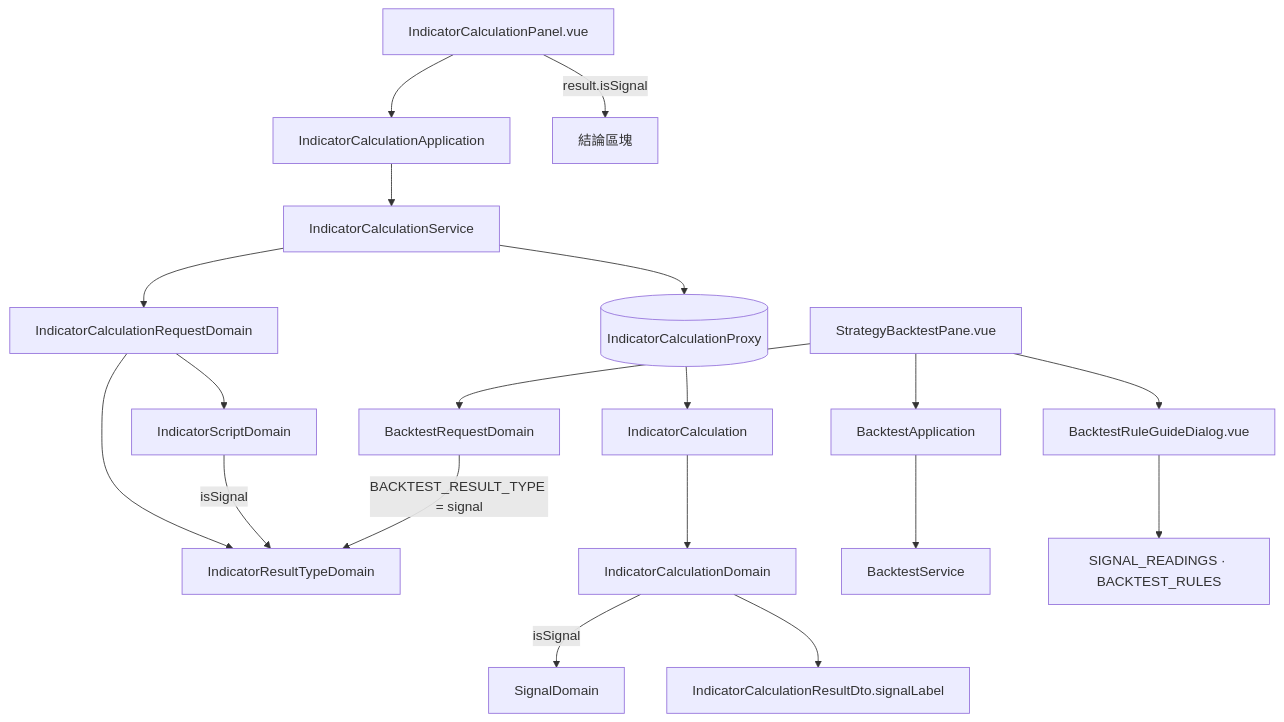
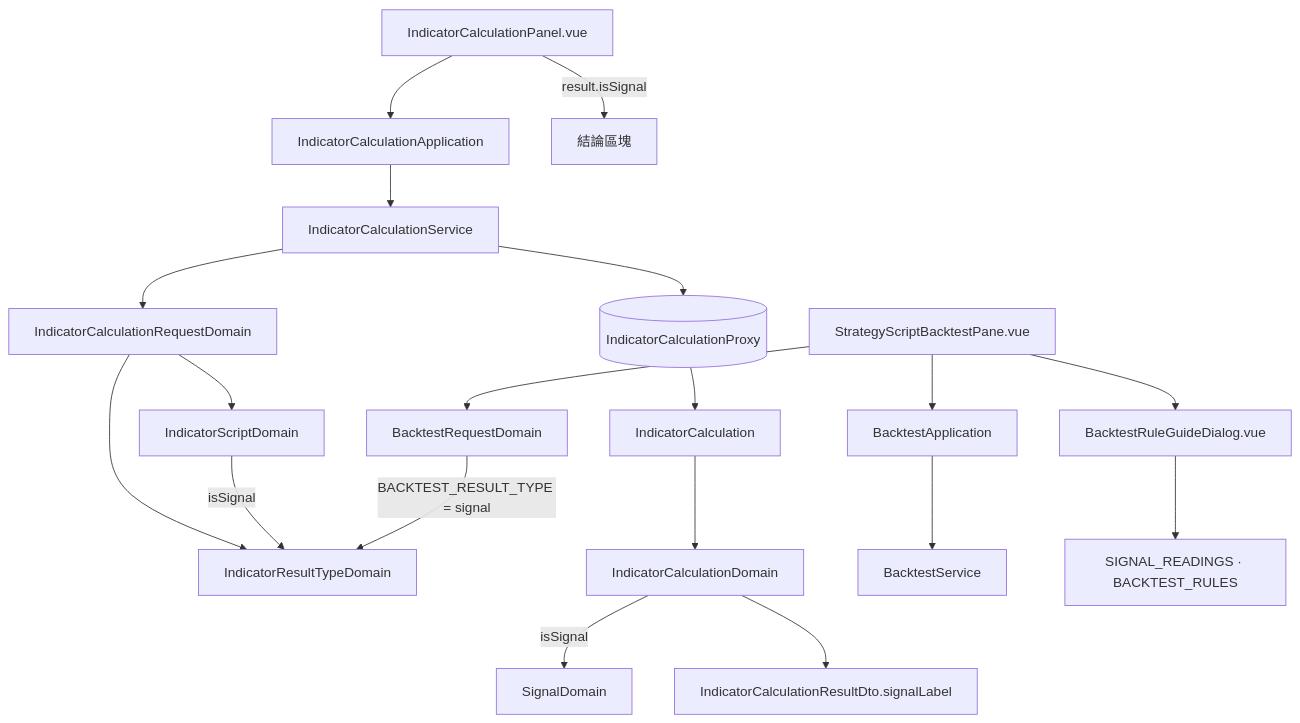
The diagram in .sdd/2026-09-06-signal-result-type/ARCH.md (CodeMachine0121/go-trading-frontend), drawn with Mermaid before and after one commit. The commit also changed other lines of this file and 324 other files, not shown here.

First line of the commit message:
refactor: rename strategy to strategy script (#37)

````diff
--- a/.sdd/2026-09-06-signal-result-type/ARCH.md
+++ b/.sdd/2026-09-06-signal-result-type/ARCH.md
@@ -66,21 +66,21 @@
 ```mermaid
 flowchart TD
   Panel[IndicatorCalculationPanel.vue] --> App[IndicatorCalculationApplication]
   App --> Svc[IndicatorCalculationService]
   Svc --> ReqDom[IndicatorCalculationRequestDomain]
   ReqDom --> RTDom[IndicatorResultTypeDomain]
   ReqDom --> ScriptDom[IndicatorScriptDomain]
   ScriptDom -->|isSignal| RTDom
   Svc --> Proxy[(IndicatorCalculationProxy)]
   Proxy --> Entity[IndicatorCalculation]
   Entity --> CalcDom[IndicatorCalculationDomain]
   CalcDom -->|isSignal| SigDom[SignalDomain]
   CalcDom --> ResultDto[IndicatorCalculationResultDto.signalLabel]
   Panel -->|result.isSignal| Verdict[結論區塊]
 
-  Pane[StrategyBacktestPane.vue] --> BApp[BacktestApplication] --> BSvc[BacktestService]
+  Pane[StrategyScriptBacktestPane.vue] --> BApp[BacktestApplication] --> BSvc[BacktestService]
   Pane --> BReqDom[BacktestRequestDomain]
   BReqDom -->|BACKTEST_RESULT_TYPE = signal| RTDom
   Pane --> Dialog[BacktestRuleGuideDialog.vue]
   Dialog --> Readings[SIGNAL_READINGS · BACKTEST_RULES]
 ```
````
